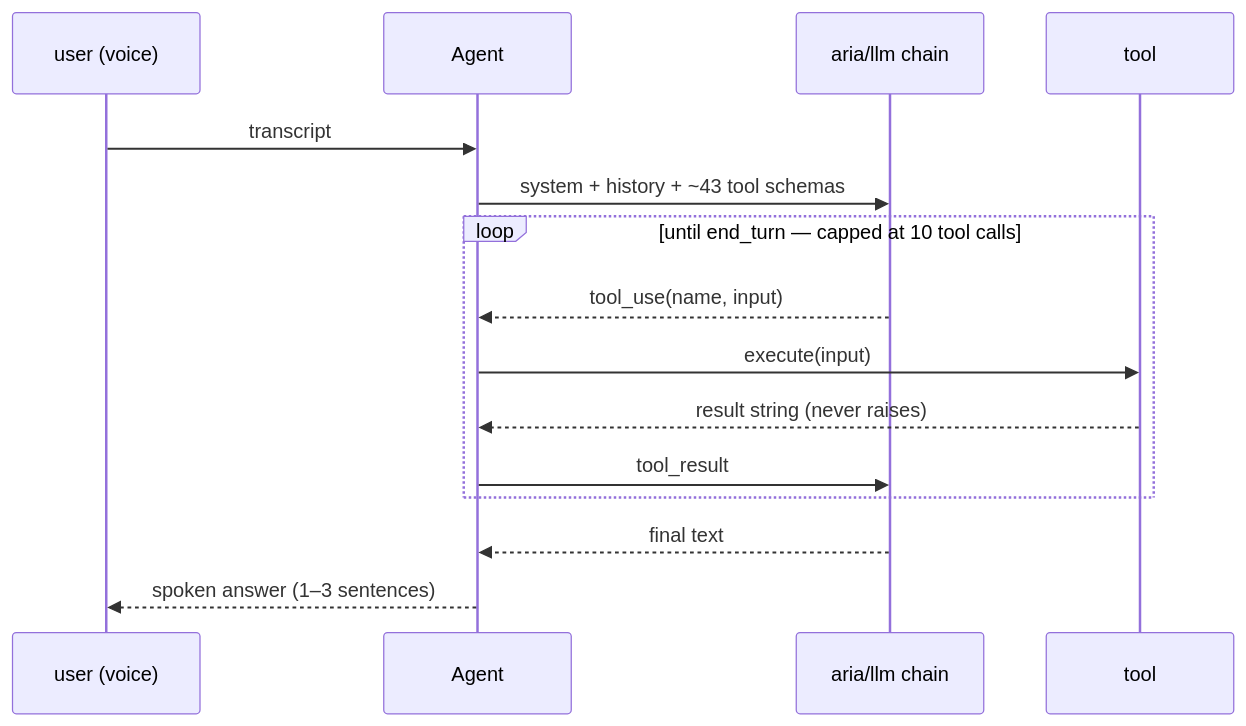
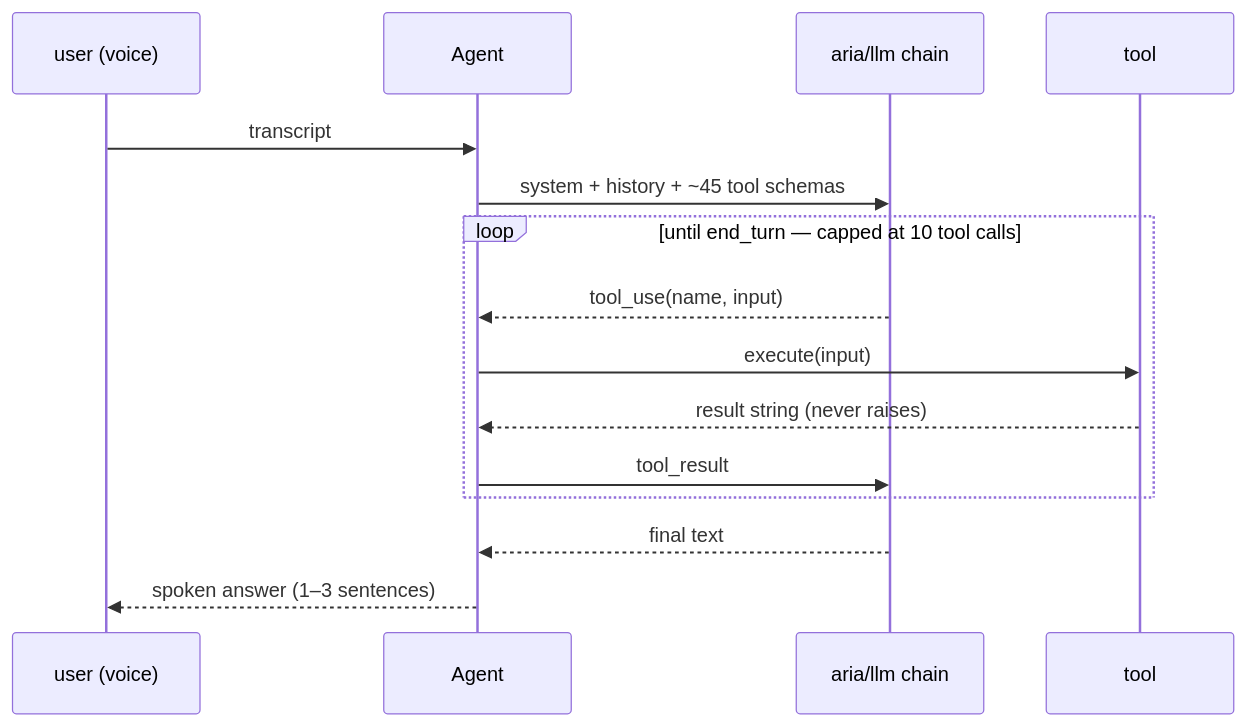
The second of 6 diagrams in ARCHITECTURE.md (Bhanu1299/Aria), drawn with Mermaid before and after one commit. The commit also changed other lines of this file and 9 other files, not shown here.

First line of the commit message:
feat(context): cross-app person and topic timeline

````diff
--- a/ARCHITECTURE.md
+++ b/ARCHITECTURE.md
@@ -67,18 +67,18 @@
 ```mermaid
 sequenceDiagram
     participant U as user (voice)
     participant A as Agent
     participant L as aria/llm chain
     participant T as tool
 
     U->>A: transcript
-    A->>L: system + history + ~43 tool schemas
+    A->>L: system + history + ~45 tool schemas
     loop until end_turn — capped at 10 tool calls
         L-->>A: tool_use(name, input)
         A->>T: execute(input)
         T-->>A: result string (never raises)
         A->>L: tool_result
     end
     L-->>A: final text
     A-->>U: spoken answer (1–3 sentences)
 ```
````
